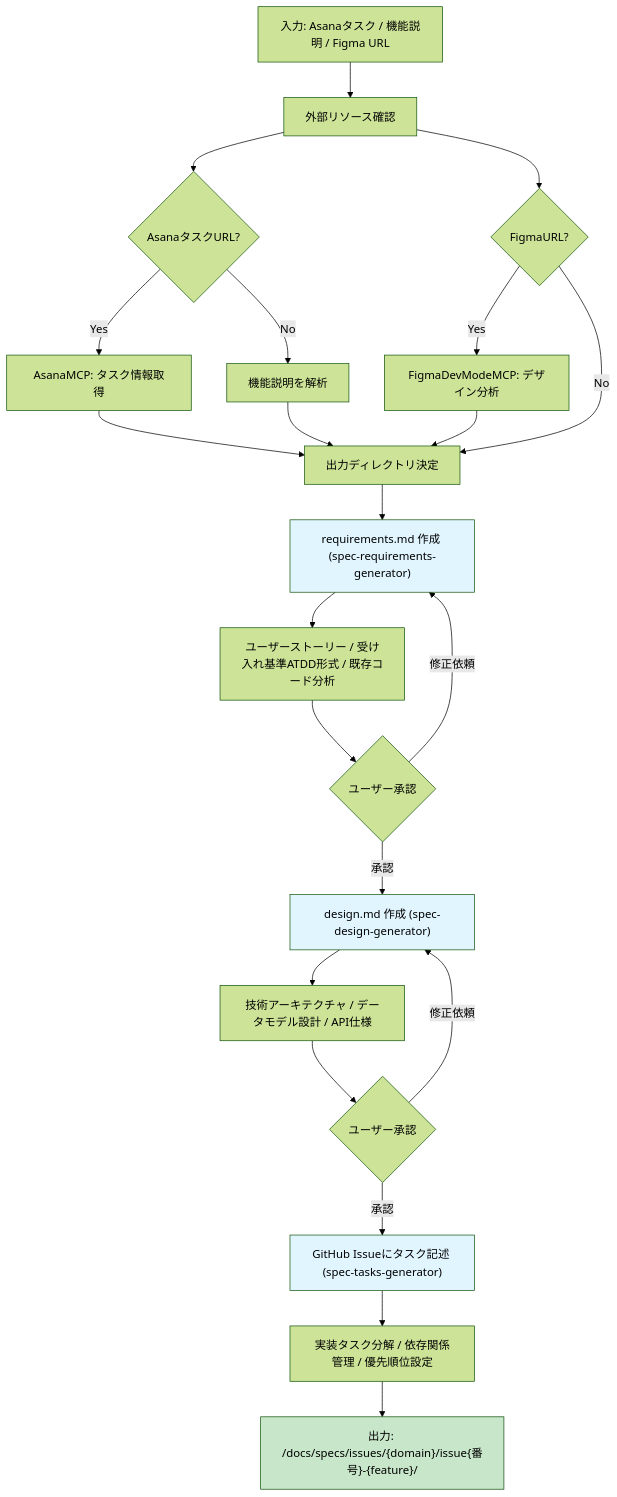
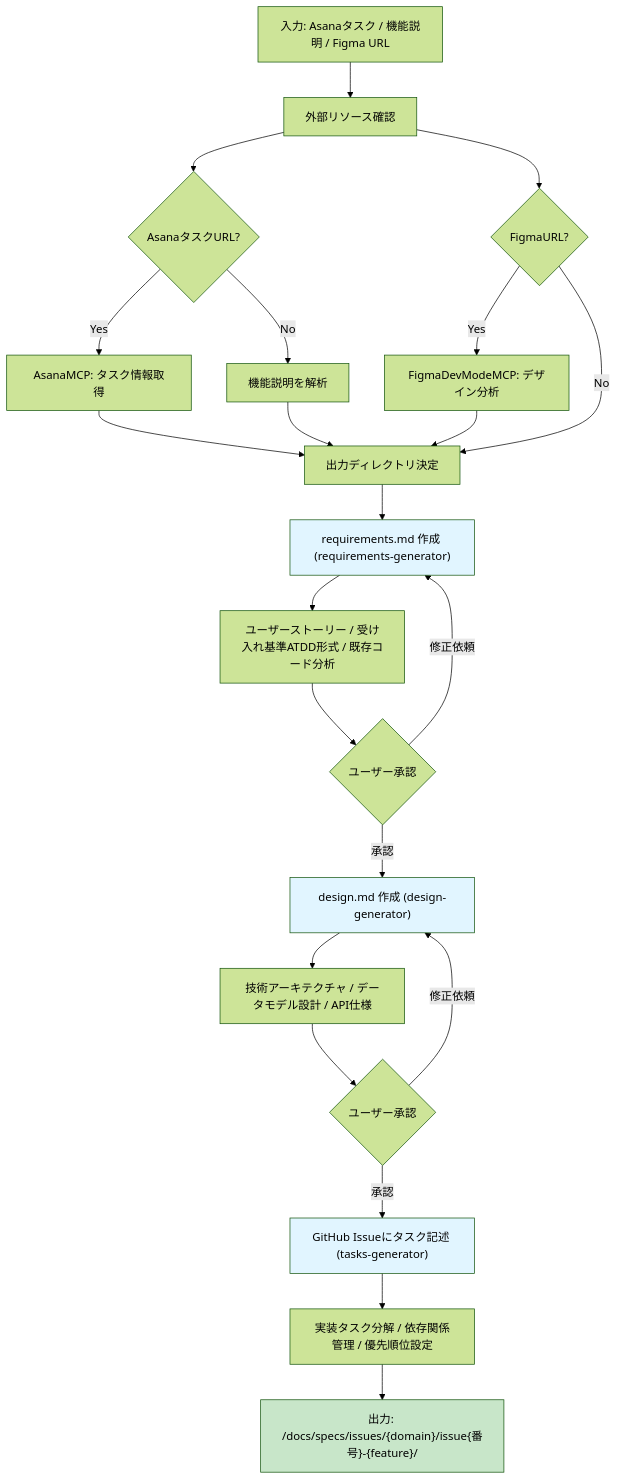
Before and after one commit to einja-inc/einja-management-template: the first of 6 diagrams in docs/einja/instructions/task-execute.md, drawn with Mermaid (forest theme). The commit also changed other lines of this file and 16 other files, not shown here.

````diff
--- a/docs/einja/instructions/task-execute.md
+++ b/docs/einja/instructions/task-execute.md
@@ -17,32 +17,32 @@
 ```mermaid
 graph TD
     A[入力: Asanaタスク / 機能説明 / Figma URL] --> B[外部リソース確認]
     B --> C{AsanaタスクURL?}
     C -->|Yes| D[AsanaMCP: タスク情報取得]
     C -->|No| E[機能説明を解析]
     B --> F{FigmaURL?}
     F -->|Yes| G[FigmaDevModeMCP: デザイン分析]
     F -->|No| H[出力ディレクトリ決定]
     D --> H
     E --> H
     G --> H
 
-    H --> I["requirements.md 作成 (spec-requirements-generator)"]
+    H --> I["requirements.md 作成 (requirements-generator)"]
     I --> J["ユーザーストーリー / 受け入れ基準ATDD形式 / 既存コード分析"]
     J --> K{ユーザー承認}
-    K -->|承認| L["design.md 作成 (spec-design-generator)"]
+    K -->|承認| L["design.md 作成 (design-generator)"]
     K -->|修正依頼| I
 
     L --> M["技術アーキテクチャ / データモデル設計 / API仕様"]
     M --> N{ユーザー承認}
-    N -->|承認| O["GitHub Issueにタスク記述 (spec-tasks-generator)"]
+    N -->|承認| O["GitHub Issueにタスク記述 (tasks-generator)"]
     N -->|修正依頼| L
 
     O --> P["実装タスク分解 / 依存関係管理 / 優先順位設定"]
     P --> Q["出力: /docs/specs/issues/{domain}/issue{番号}-{feature}/"]
 
     style I fill:#e1f5ff
     style L fill:#e1f5ff
     style O fill:#e1f5ff
     style Q fill:#c8e6c9
 ```
````
